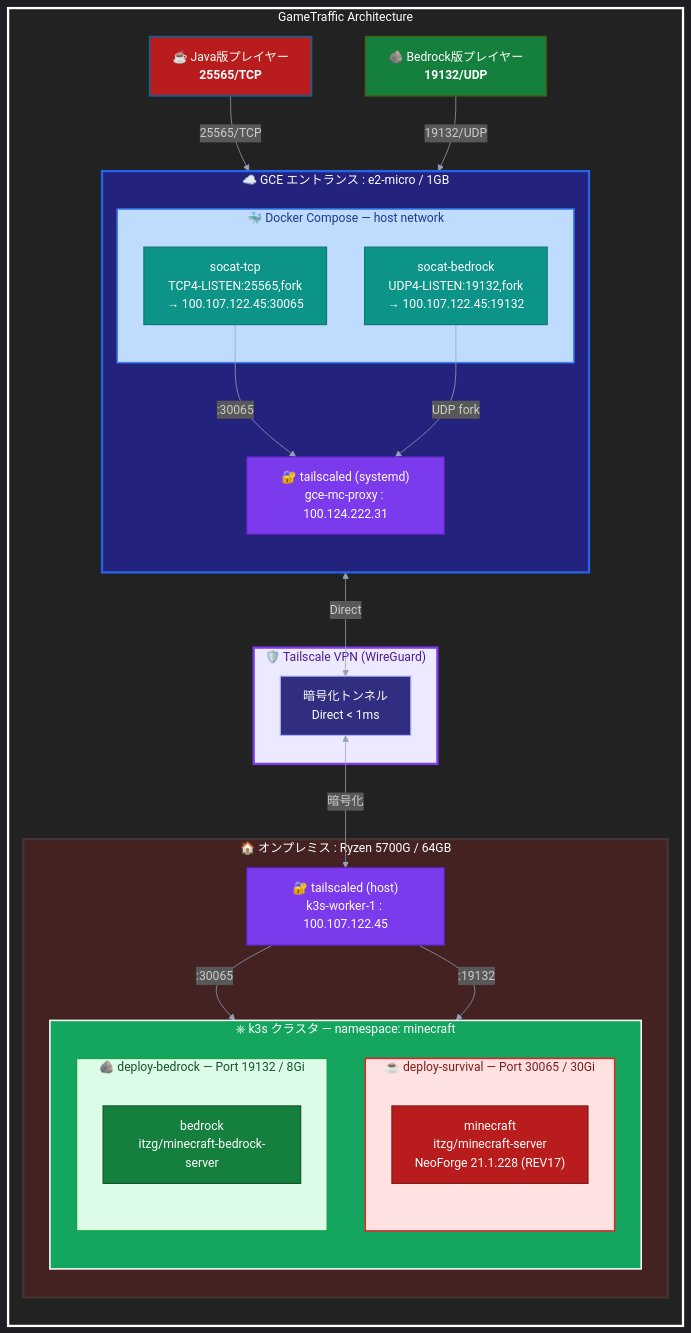
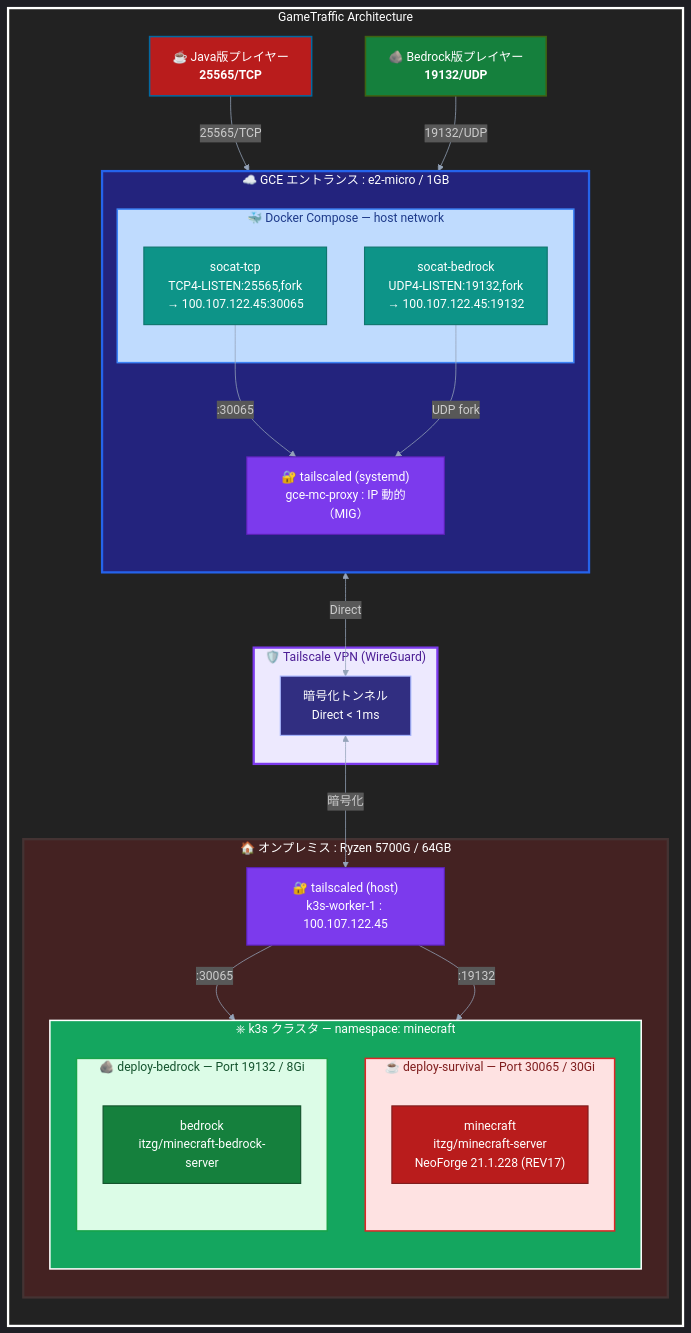
The first of 2 diagrams in README.md (Tagomori0211/Minecraft-on-Kubernetes), drawn with Mermaid before and after one commit. The commit also changed other lines of this file and 19 other files, not shown here.

```diff
--- a/README.md
+++ b/README.md
@@ -60,7 +60,7 @@
             SocatTCP["socat-tcp<br/>TCP4-LISTEN:25565,fork<br/>→ 100.107.122.45:30065"]
             SocatUDP["socat-bedrock<br/>UDP4-LISTEN:19132,fork<br/>→ 100.107.122.45:19132"]
         end
-        TailscaledGCE["🔐 tailscaled (systemd)<br/>gce-mc-proxy : 100.124.222.31"]
+        TailscaledGCE["🔐 tailscaled (systemd)<br/>gce-mc-proxy : IP 動的（MIG）"]
     end
 
     %% ───────────── Tailscale VPN ─────────────
```
